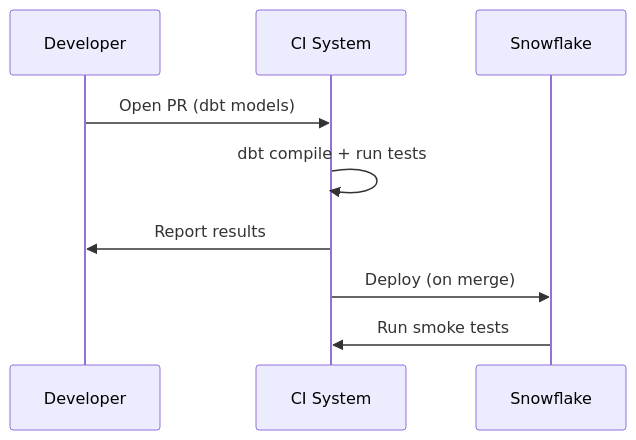
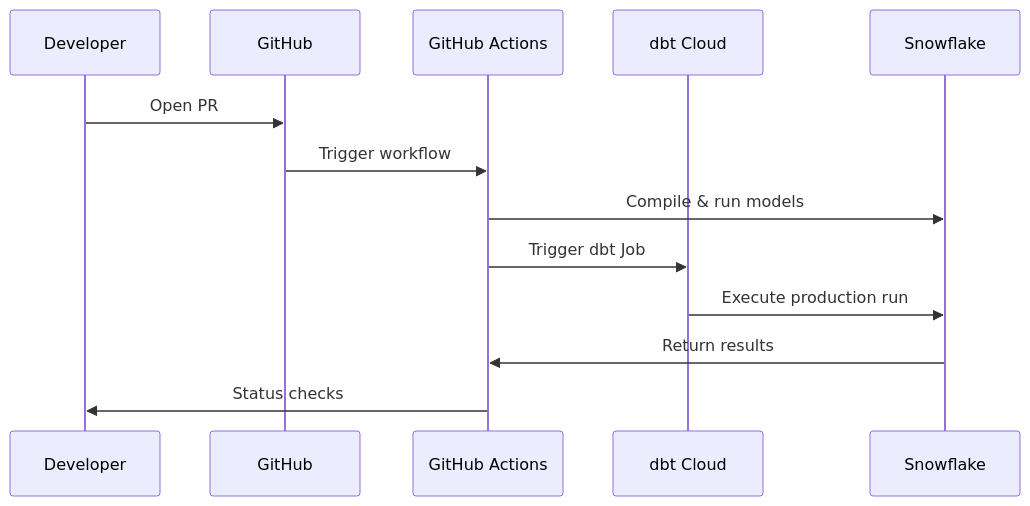
Before and after one commit to Tejustarr/snowflake-handbook: the first of 2 diagrams in whats-new/2025/2-dbt-integration/ci-cd.md, drawn with Mermaid. The commit also changed other lines of this file, not shown here.

Commit message:
Enhance CI/CD documentation for dbt on Snowflake: add details on automation benefits, pipeline stages, and dbt Cloud Jobs integration.

````diff
--- a/whats-new/2025/2-dbt-integration/ci-cd.md
+++ b/whats-new/2025/2-dbt-integration/ci-cd.md
@@ -21,11 +33,15 @@
 ```mermaid
 sequenceDiagram
   participant Dev as Developer
-  participant CI as CI System
+  participant GH as GitHub
+  participant CI as GitHub Actions
+  participant DBT as dbt Cloud
   participant SF as Snowflake
-  Dev->>CI: Open PR (dbt models)
-  CI->>CI: dbt compile + run tests
-  CI->>Dev: Report results
-  CI->>SF: Deploy (on merge)
-  SF->>CI: Run smoke tests
+  Dev->>GH: Open PR
+  GH->>CI: Trigger workflow
+  CI->>SF: Compile & run models
+  CI->>DBT: Trigger dbt Job
+  DBT->>SF: Execute production run
+  SF->>CI: Return results
+  CI->>Dev: Status checks
 ```
````
